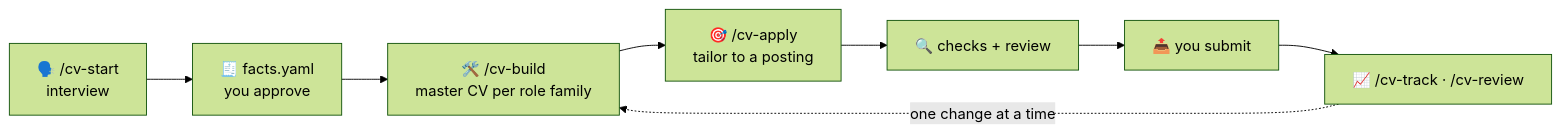
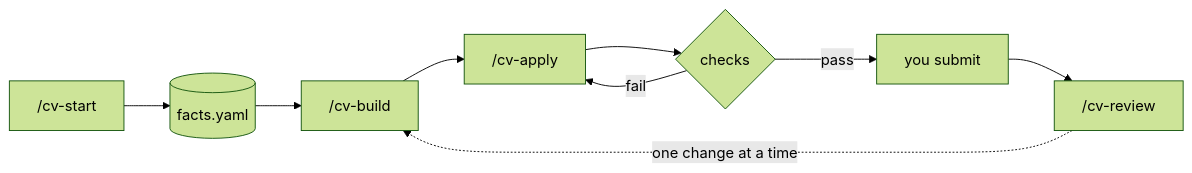
The diagram in README.md (naufal-nazar/nomagic-cv), drawn with Mermaid (forest theme) before and after one commit. The commit also changed other lines of this file, not shown here.

````diff
--- a/README.md
+++ b/README.md
@@ -131,10 +55,7 @@
 ```mermaid
 flowchart LR
-    A["🗣️ /cv-start<br>interview"] --> B["🧾 facts.yaml<br>you approve"]
-    B --> C["🛠️ /cv-build<br>master CV per role family"]
-    C --> D["🎯 /cv-apply<br>tailor to a posting"]
-    D --> E["🔍 checks + review"]
-    E --> F["📤 you submit"]
-    F --> G["📈 /cv-track · /cv-review"]
+    A["/cv-start"] --> B[("facts.yaml")] --> C["/cv-build"] --> D["/cv-apply"] --> E{checks}
+    E -- pass --> F["you submit"] --> G["/cv-review"]
+    E -- fail --> D
     G -. one change at a time .-> C
 ```
````
